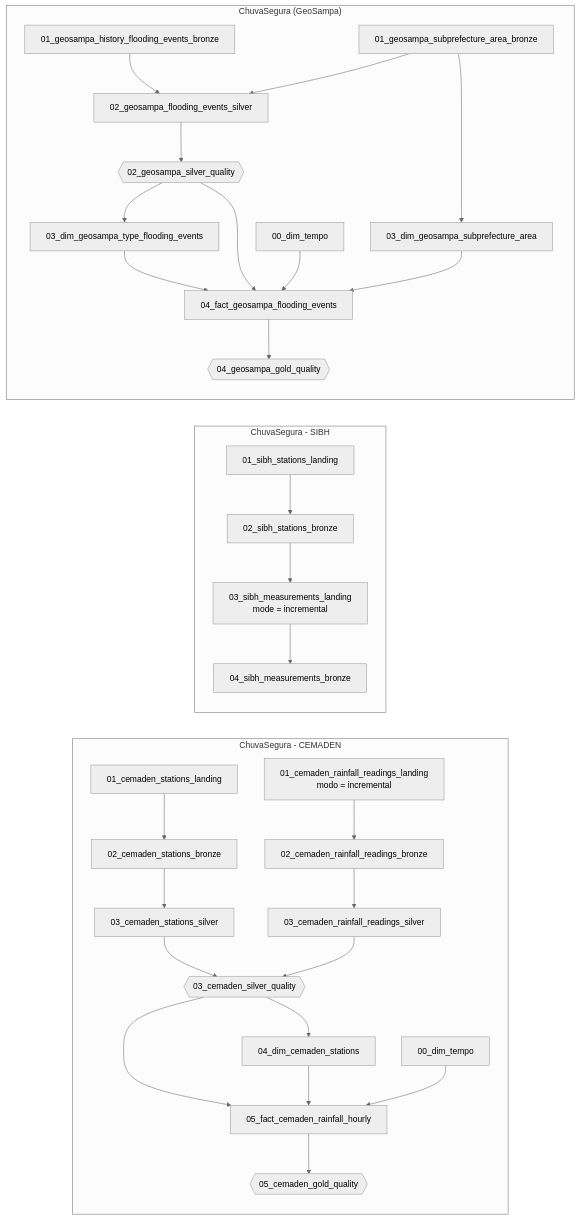
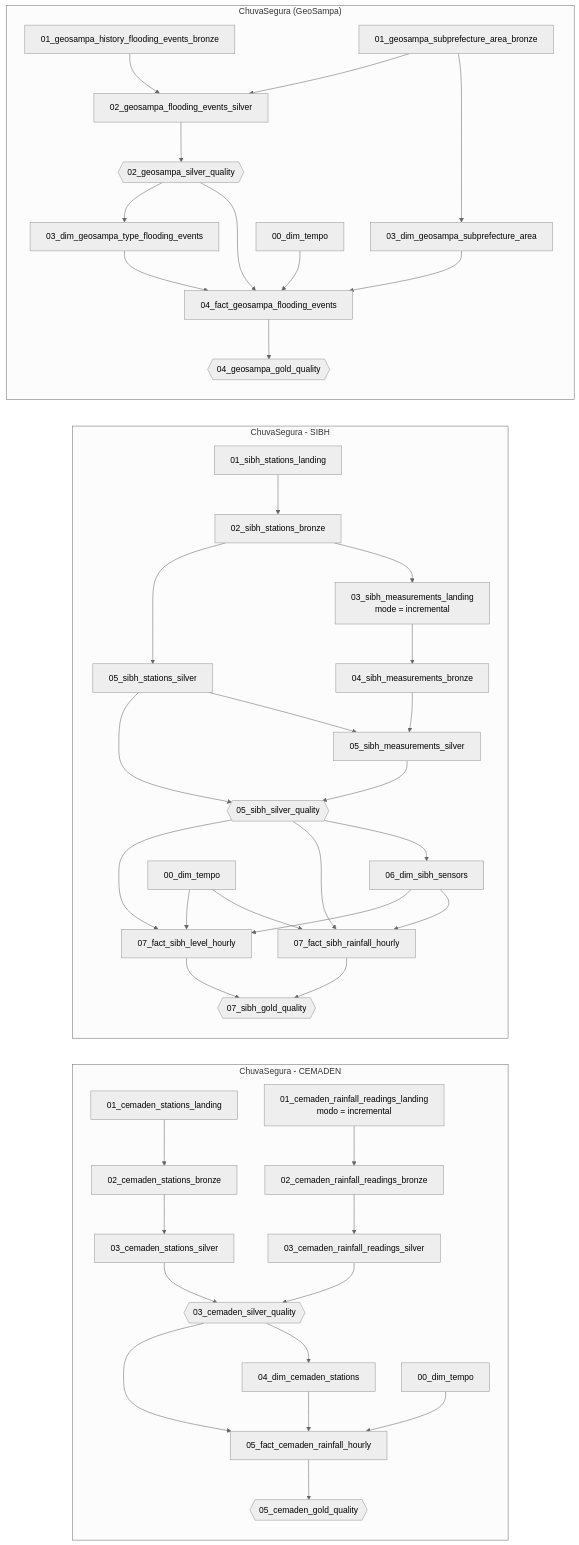
Before and after one commit to juniorOnData/FIAP-GS2-2TSCPV-2026: the second of 2 diagrams in README.md, drawn with Mermaid (neutral theme). The commit also changed other lines of this file and 8 other files, not shown here.

First line of the commit message:
Silver e Gold do SIBH

````diff
--- a/README.md
+++ b/README.md
@@ -220,29 +240,43 @@
 ```mermaid
 flowchart LR
   subgraph cemaden["ChuvaSegura - CEMADEN"]
     C1[01_cemaden_stations_landing] --> C2[02_cemaden_stations_bronze] --> C5[03_cemaden_stations_silver]
     C3[01_cemaden_rainfall_readings_landing<br/>modo = incremental] --> C4[02_cemaden_rainfall_readings_bronze] --> C6[03_cemaden_rainfall_readings_silver]
     C5 --> CQ1{{03_cemaden_silver_quality}}
     C6 --> CQ1
     CQ1 --> C7[04_dim_cemaden_stations]
     CQ1 --> C8[05_fact_cemaden_rainfall_hourly]
     C7 --> C8
     CT[00_dim_tempo] --> C8
     C8 --> CQ2{{05_cemaden_gold_quality}}
   end
   subgraph sibh["ChuvaSegura - SIBH"]
     S1[01_sibh_stations_landing] --> S2[02_sibh_stations_bronze] --> S3[03_sibh_measurements_landing<br/>mode = incremental] --> S4[04_sibh_measurements_bronze]
+    S2 --> S5[05_sibh_stations_silver]
+    S4 --> S6[05_sibh_measurements_silver]
+    S5 --> S6
+    S5 --> SQ1{{05_sibh_silver_quality}}
+    S6 --> SQ1
+    SQ1 --> S7[06_dim_sibh_sensors]
+    SQ1 --> S8[07_fact_sibh_rainfall_hourly]
+    SQ1 --> S9[07_fact_sibh_level_hourly]
+    S7 --> S8
+    S7 --> S9
+    ST[00_dim_tempo] --> S8
+    ST --> S9
+    S8 --> SQ2{{07_sibh_gold_quality}}
+    S9 --> SQ2
   end
   subgraph geosampa["ChuvaSegura (GeoSampa)"]
     G1[01_geosampa_history_flooding_events_bronze] --> G3[02_geosampa_flooding_events_silver]
     G2[01_geosampa_subprefecture_area_bronze] --> G3
     G2 --> G4[03_dim_geosampa_subprefecture_area]
     G3 --> Q1{{02_geosampa_silver_quality}}
     Q1 --> G5[03_dim_geosampa_type_flooding_events]
     Q1 --> G6[04_fact_geosampa_flooding_events]
     G4 --> G6
     G5 --> G6
     T0[00_dim_tempo] --> G6
     G6 --> Q2{{04_geosampa_gold_quality}}
   end
 ```
````
